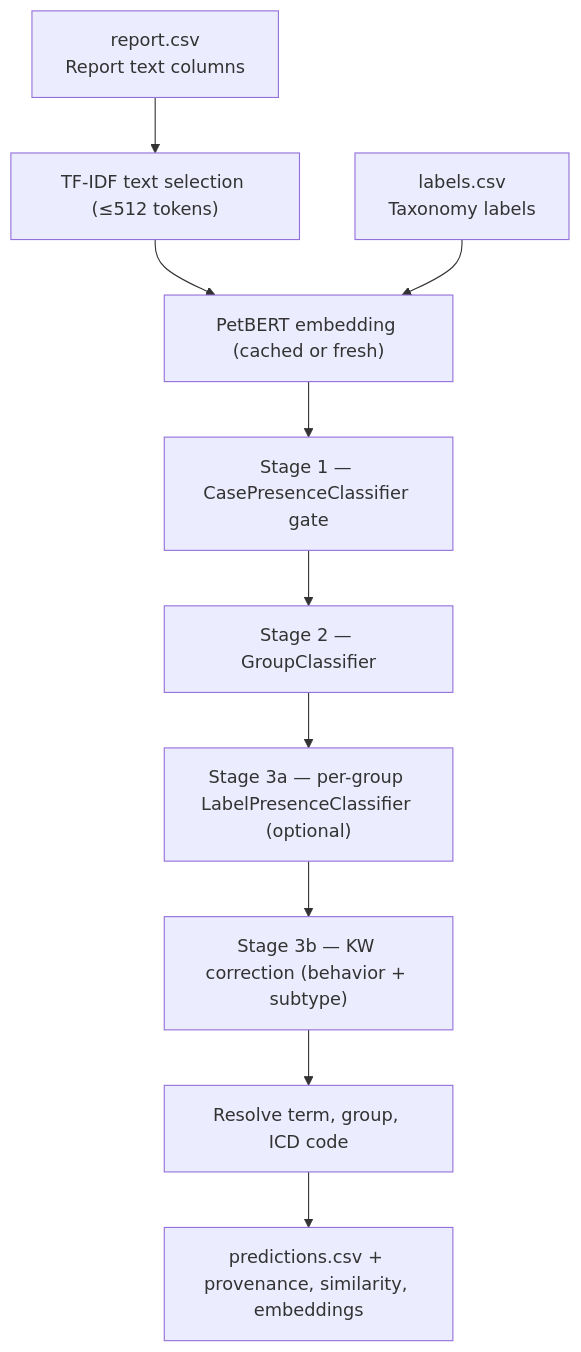
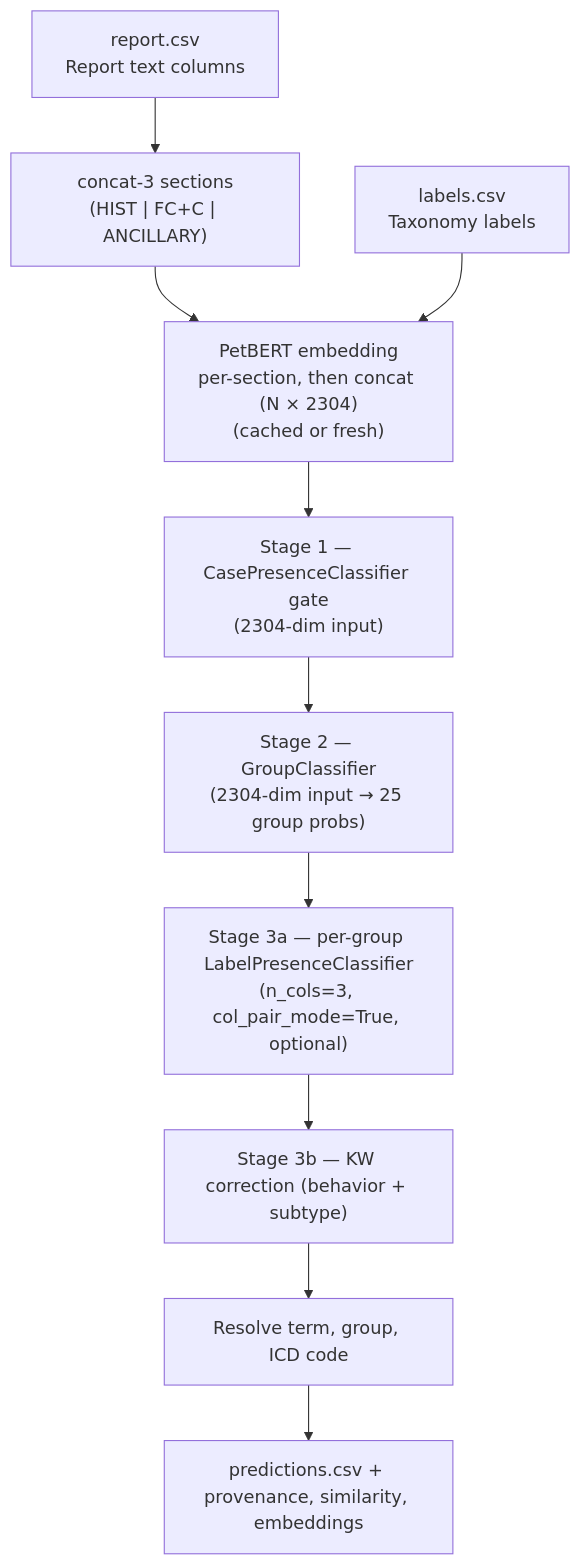
Before and after one commit to YugrajD/UC-Davis-VMTH-Cancer-Registry: the diagram in ml/documentation/production-pipeline.md, drawn with Mermaid. The commit also changed other lines of this file and 13 other files, not shown here.

Commit message:
Promote concat-3 + per-section contrastive 4-stage stack to ml/ (G+S 56.6% -> 62.1%); preserve TF-IDF baseline at ml-tfidf/

````diff
--- a/ml/documentation/production-pipeline.md
+++ b/ml/documentation/production-pipeline.md
@@ -39,17 +40,17 @@
 ```mermaid
 flowchart TD
     A["report.csv<br/>Report text columns"]
     C["labels.csv<br/>Taxonomy labels"]
-    B["TF-IDF text selection (≤512 tokens)"]
-    D["PetBERT embedding (cached or fresh)"]
-    S1["Stage 1 — CasePresenceClassifier gate"]
-    S2["Stage 2 — GroupClassifier"]
-    S3a["Stage 3a — per-group LabelPresenceClassifier (optional)"]
+    B["concat-3 sections<br/>(HIST | FC+C | ANCILLARY)"]
+    D["PetBERT embedding<br/>per-section, then concat (N × 2304)<br/>(cached or fresh)"]
+    S1["Stage 1 — CasePresenceClassifier gate<br/>(2304-dim input)"]
+    S2["Stage 2 — GroupClassifier<br/>(2304-dim input → 25 group probs)"]
+    S3a["Stage 3a — per-group LabelPresenceClassifier<br/>(n_cols=3, col_pair_mode=True, optional)"]
     S3b["Stage 3b — KW correction (behavior + subtype)"]
     R["Resolve term, group, ICD code"]
     K["predictions.csv + provenance, similarity, embeddings"]
 
     A --> B --> D
     C --> D
     D --> S1 --> S2 --> S3a --> S3b --> R --> K
 ```
````
